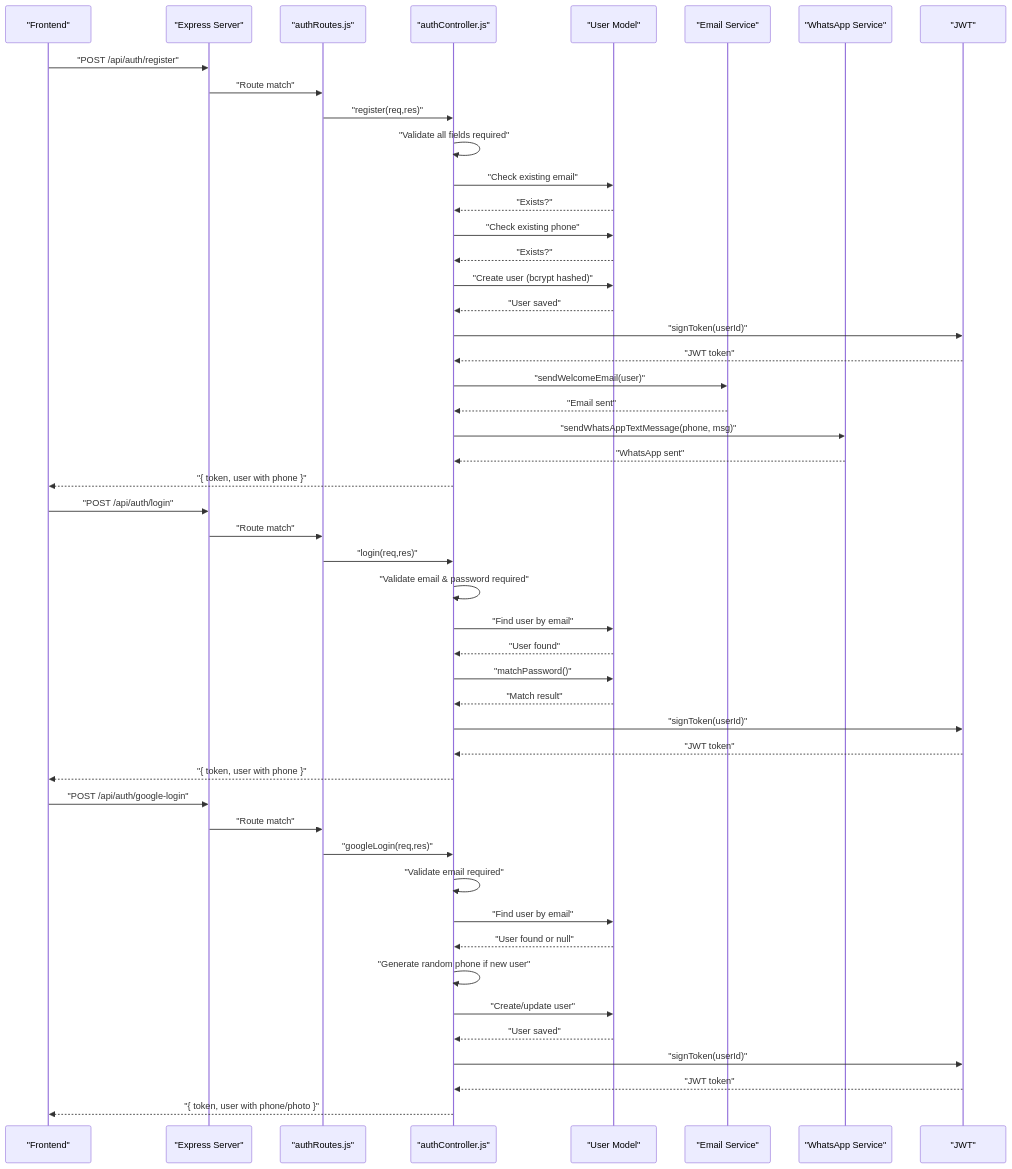
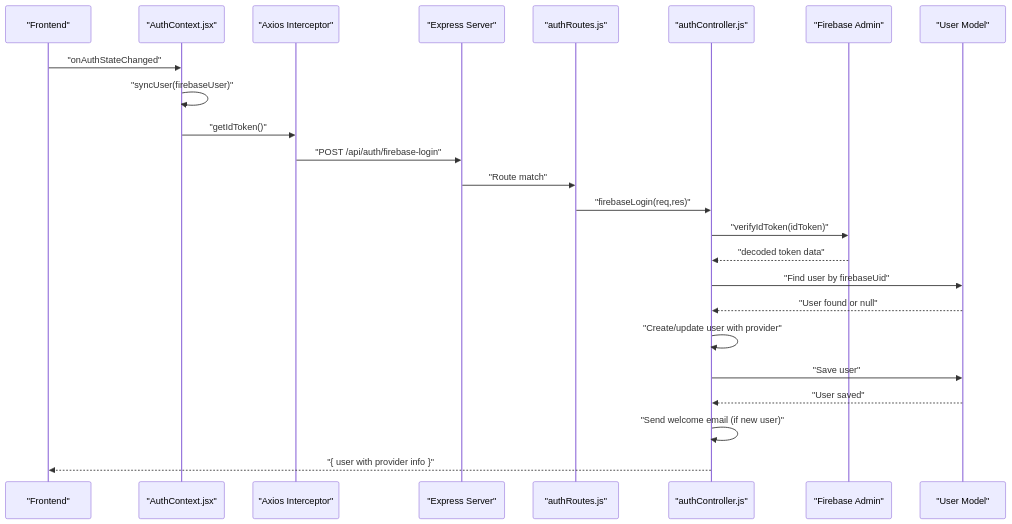
The second of 3 diagrams in .qoder/repowiki/en/content/Backend API Documentation/Authentication API.md (Pavan-PSPK9032/TrendsandToss), drawn with Mermaid before and after one commit. The commit also changed other lines of this file and 9 other files, not shown here.

````diff
--- a/.qoder/repowiki/en/content/Backend API Documentation/Authentication API.md
+++ b/.qoder/repowiki/en/content/Backend API Documentation/Authentication API.md
@@ -128,51 +122,26 @@
 ```mermaid
 sequenceDiagram
 participant FE as "Frontend"
+participant FC as "AuthContext.jsx"
+participant AX as "Axios Interceptor"
 participant API as "Express Server"
-participant AuthR as "authRoutes.js"
-participant AuthC as "authController.js"
-participant UserM as "User Model"
-participant Email as "Email Service"
-participant WhatsApp as "WhatsApp Service"
-participant JWT as "JWT"
-FE->>API : "POST /api/auth/register"
-API->>AuthR : "Route match"
-AuthR->>AuthC : "register(req,res)"
-AuthC->>AuthC : "Validate all fields required"
-AuthC->>UserM : "Check existing email"
-UserM-->>AuthC : "Exists?"
-AuthC->>UserM : "Check existing phone"
-UserM-->>AuthC : "Exists?"
-AuthC->>UserM : "Create user (bcrypt hashed)"
-UserM-->>AuthC : "User saved"
-AuthC->>JWT : "signToken(userId)"
-JWT-->>AuthC : "JWT token"
-AuthC->>Email : "sendWelcomeEmail(user)"
-Email-->>AuthC : "Email sent"
-AuthC->>WhatsApp : "sendWhatsAppTextMessage(phone, msg)"
-WhatsApp-->>AuthC : "WhatsApp sent"
-AuthC-->>FE : "{ token, user with phone }"
-FE->>API : "POST /api/auth/login"
-API->>AuthR : "Route match"
-AuthR->>AuthC : "login(req,res)"
-AuthC->>AuthC : "Validate email & password required"
-AuthC->>UserM : "Find user by email"
-UserM-->>AuthC : "User found"
-AuthC->>UserM : "matchPassword()"
-UserM-->>AuthC : "Match result"
-AuthC->>JWT : "signToken(userId)"
-JWT-->>AuthC : "JWT token"
-AuthC-->>FE : "{ token, user with phone }"
-FE->>API : "POST /api/auth/google-login"
-API->>AuthR : "Route match"
-AuthR->>AuthC : "googleLogin(req,res)"
-AuthC->>AuthC : "Validate email required"
-AuthC->>UserM : "Find user by email"
-UserM-->>AuthC : "User found or null"
-AuthC->>AuthC : "Generate random phone if new user"
-AuthC->>UserM : "Create/update user"
-UserM-->>AuthC : "User saved"
-AuthC->>JWT : "signToken(userId)"
-JWT-->>AuthC : "JWT token"
-AuthC-->>FE : "{ token, user with phone/photo }"
+participant FR as "authRoutes.js"
+participant AC as "authController.js"
+participant FA as "Firebase Admin"
+participant UM as "User Model"
+FE->>FC : "onAuthStateChanged"
+FC->>FC : "syncUser(firebaseUser)"
+FC->>AX : "getIdToken()"
+AX->>API : "POST /api/auth/firebase-login"
+API->>FR : "Route match"
+FR->>AC : "firebaseLogin(req,res)"
+AC->>FA : "verifyIdToken(idToken)"
+FA-->>AC : "decoded token data"
+AC->>UM : "Find user by firebaseUid"
+UM-->>AC : "User found or null"
+AC->>AC : "Create/update user with provider"
+AC->>UM : "Save user"
+UM-->>AC : "User saved"
+AC->>AC : "Send welcome email (if new user)"
+AC-->>FE : "{ user with provider info }"
 ```
````
